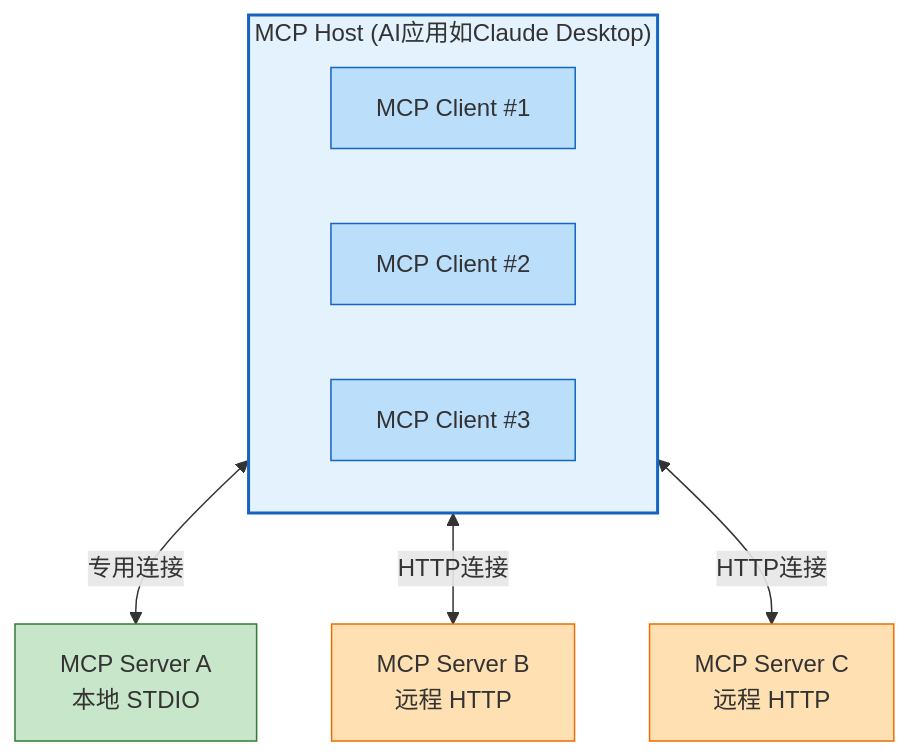
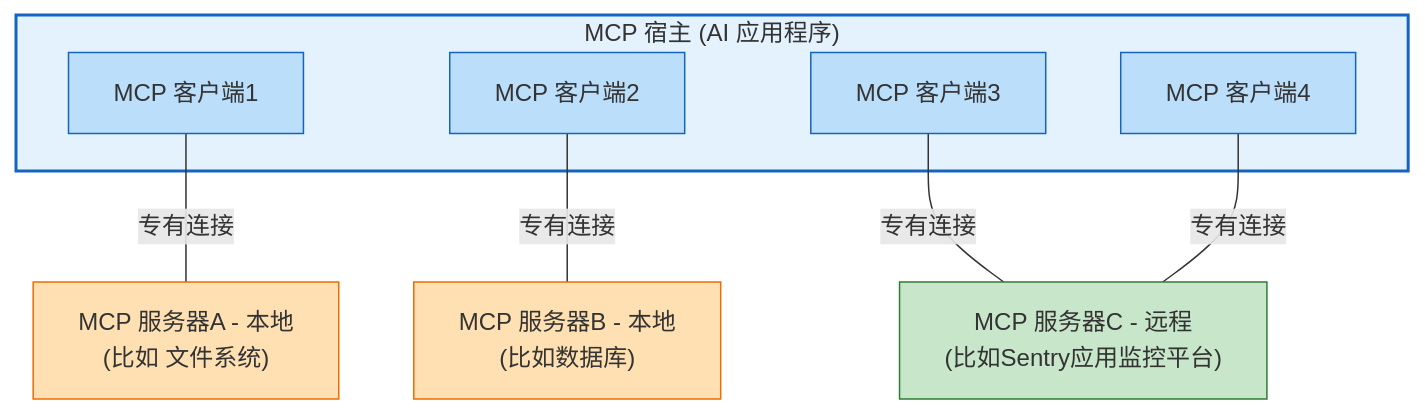
Before and after one commit to cyub/blog: the first of 9 diagrams in docs/blog/posts/MCP 完全指南：从入门到精通.md, drawn with Mermaid. The commit also changed other lines of this file, not shown here.

Commit message:
update MCP

````diff
--- a/docs/blog/posts/MCP 完全指南：从入门到精通.md
+++ b/docs/blog/posts/MCP 完全指南：从入门到精通.md
@@ -43,25 +48,27 @@
 ```mermaid
 graph TB
-    subgraph Host["MCP Host (AI应用如Claude Desktop)"]
-        direction LR
-        C1[MCP Client #1]
-        C2[MCP Client #2]
-        C3[MCP Client #3]
+    subgraph Host["MCP 宿主 (AI 应用程序)"]
+        Client1["MCP 客户端1"]
+        Client2["MCP 客户端2"]
+        Client3["MCP 客户端3"]
+        Client4["MCP 客户端4"]
     end
-    
-    S1[MCP Server A<br/>本地 STDIO]
-    S2[MCP Server B<br/>远程 HTTP]
-    S3[MCP Server C<br/>远程 HTTP]
-    
-    C1 <-->|专用连接| S1
-    C2 <-->|HTTP连接| S2
-    C3 <-->|HTTP连接| S3
-    
+
+    ServerA["MCP 服务器A - 本地<br/>(比如 文件系统)"]
+    ServerB["MCP 服务器B - 本地<br/>(比如数据库)"]
+    ServerC["MCP 服务器C - 远程<br/>(比如Sentry应用监控平台)"]
+
+    Client1 ---|"专有连接"| ServerA
+    Client2 ---|"专有连接"| ServerB
+    Client3 ---|"专有连接"| ServerC
+    Client4 ---|"专有连接"| ServerC
+
     style Host fill:#e3f2fd,stroke:#1565c0,stroke-width:2px
-    style C1 fill:#bbdefb,stroke:#1565c0
-    style C2 fill:#bbdefb,stroke:#1565c0
-    style C3 fill:#bbdefb,stroke:#1565c0
-    style S1 fill:#c8e6c9,stroke:#2e7d32
-    style S2 fill:#ffe0b2,stroke:#ef6c00
-    style S3 fill:#ffe0b2,stroke:#ef6c00
+    style Client1 fill:#bbdefb,stroke:#1565c0
+    style Client2 fill:#bbdefb,stroke:#1565c0
+    style Client3 fill:#bbdefb,stroke:#1565c0
+    style Client4 fill:#bbdefb,stroke:#1565c0
+    style ServerA fill:#ffe0b2,stroke:#ef6c00
+    style ServerB fill:#ffe0b2,stroke:#ef6c00
+    style ServerC fill:#c8e6c9,stroke:#2e7d32
 ```
````
